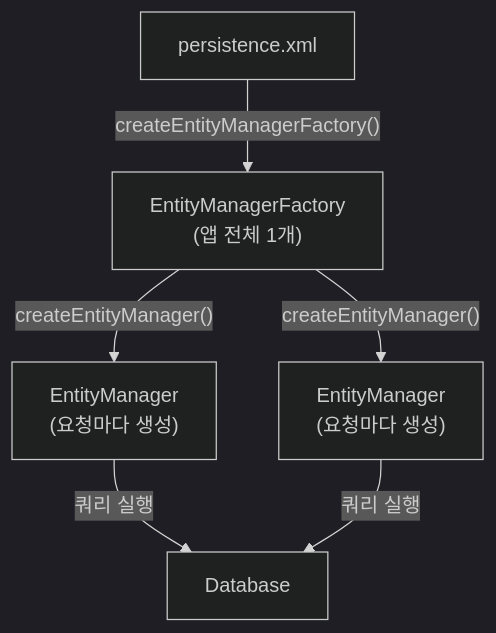
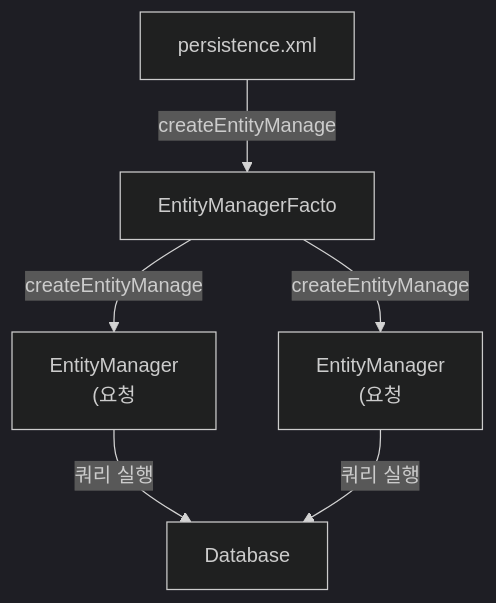
The second of 2 diagrams in _posts/jpa/2021-10-10-Jpa 시작하기.md (yjkim2015/yjkim2015.github.io), drawn with Mermaid (dark theme) before and after one commit. The commit also changed 271 other files, not shown here.

First line of the commit message:
Mermaid 라벨 축소: 긴 노드 텍스트 18자 이하로 트림 + \n 제거

````diff
--- a/_posts/jpa/2021-10-10-Jpa 시작하기.md
+++ b/_posts/jpa/2021-10-10-Jpa 시작하기.md
@@ -102,6 +102,6 @@
 ```mermaid
 graph TD
-    XML["persistence.xml"] -->|"createEntityManagerFactory()"| EMF["EntityManagerFactory\n(앱 전체 1개)"]
-    EMF -->|"createEntityManager()"| EM1["EntityManager\n(요청마다 생성)"] & EM2["EntityManager\n(요청마다 생성)"]
+    XML["persistence.xml"] -->|"createEntityManage"| EMF["EntityManagerFacto"]
+    EMF -->|"createEntityManage"| EM1["EntityManager\n(요청"] & EM2["EntityManager\n(요청"]
     EM1 & EM2 -->|"쿼리 실행"| DB["Database"]
 ```
````
